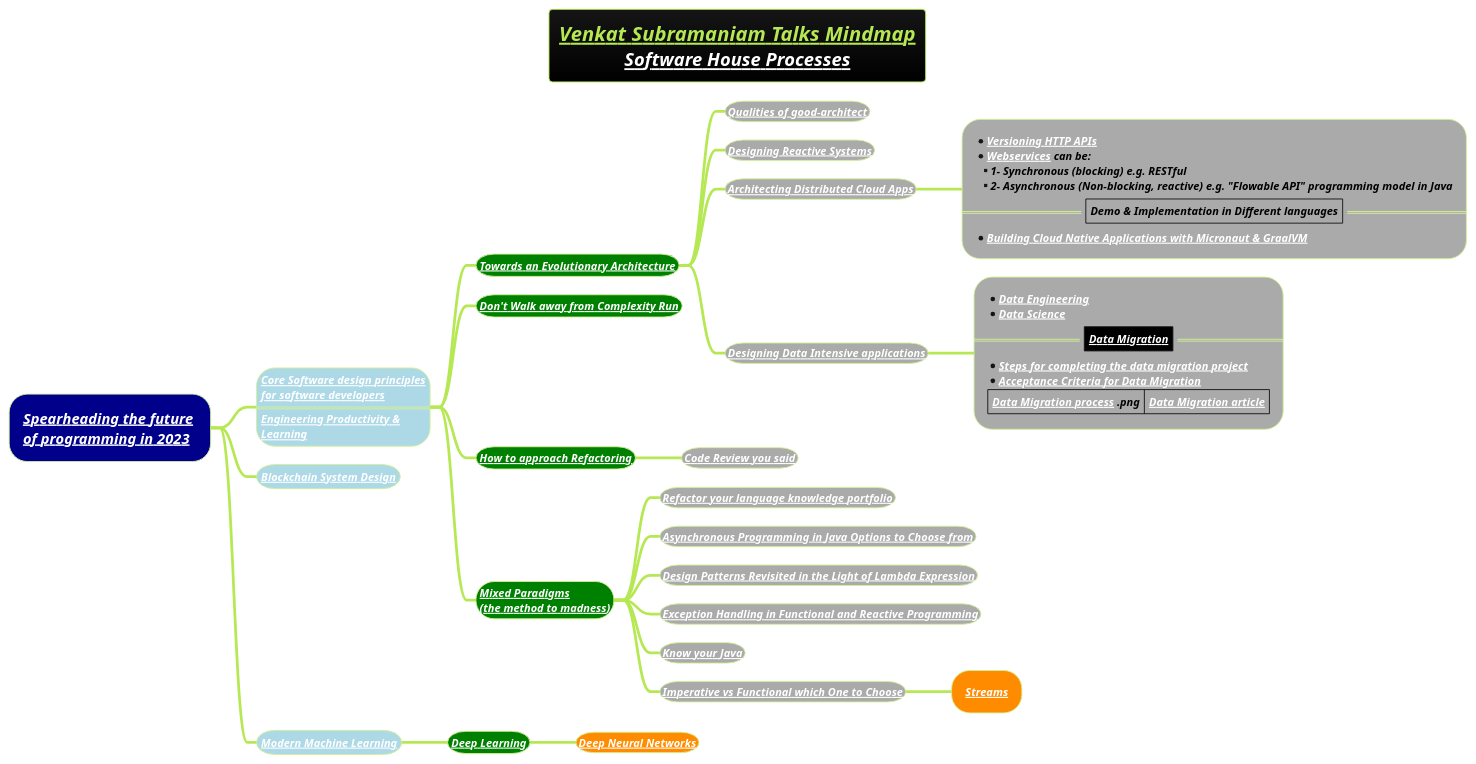
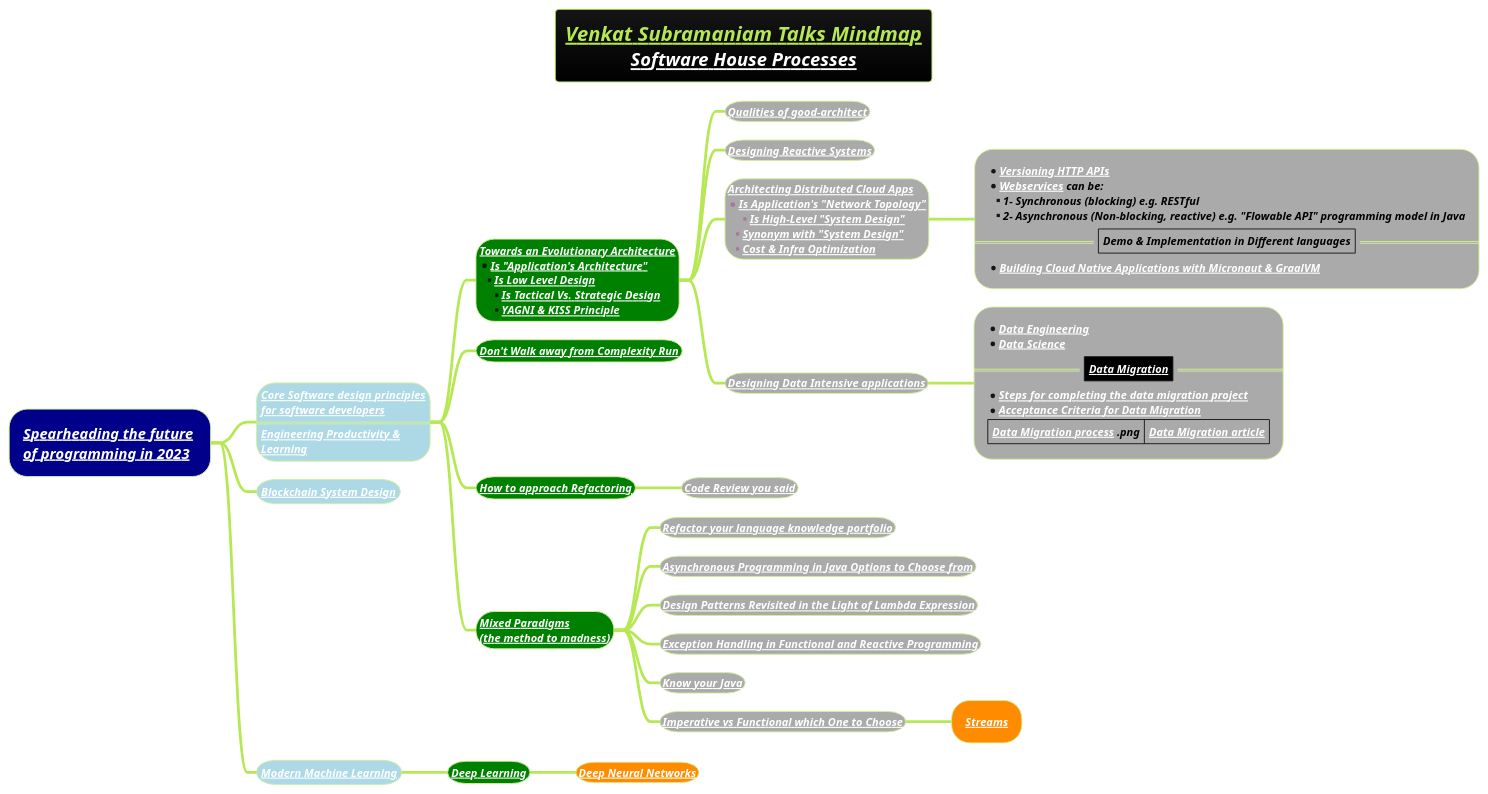
The diagram in docs/3-programming-languages/Venkat-Subramaniam/venkat-talks-mindmap.puml (MehmoodHashmi/Documentation-as-Code-DaC), drawn with PlantUML before and after one commit.

```diff
--- a/docs/3-programming-languages/Venkat-Subramaniam/venkat-talks-mindmap.puml
+++ b/docs/3-programming-languages/Venkat-Subramaniam/venkat-talks-mindmap.puml
@@ -1,48 +1,58 @@
 @startmindmap
 title =<i><b><u><size:18>Venkat Subramaniam Talks Mindmap \n<i>[[docs/1-business-analyst/client-management/software-house/Software-House-Processes.puml Software House Processes]]
 !theme hacker
 
 *[#darkblue] <i><color #black>[[docs/3-programming-languages/Venkat-Subramaniam/Spearheading-the-future-of-programming-2023.puml Spearheading the future]] \n<i><color #black>[[docs/3-programming-languages/Venkat-Subramaniam/Spearheading-the-future-of-programming-2023.puml of programming in 2023]]
 **[#lightblue]:<color:white><i><size:12>[[docs/3-programming-languages/Venkat-Subramaniam/Core-Software-design-principles-for-software-developers.puml Core Software design principles]]
 <color:white><i><size:12>[[docs/3-programming-languages/Venkat-Subramaniam/Core-Software-design-principles-for-software-developers.puml for software developers]]
 ====
 <b><i><color #black><size:12>[[docs/3-programming-languages/Venkat-Subramaniam/Engineering-Productivity-and-Learning.puml Engineering Productivity &]]
 <b><i><color #black><size:12>[[docs/3-programming-languages/Venkat-Subramaniam/Engineering-Productivity-and-Learning.puml Learning]];
 
-***[#green] <b><i><color #black><size:12>[[docs/3-programming-languages/Venkat-Subramaniam/Towards-an-Evolutionary-Architecture.puml Towards an Evolutionary Architecture]]
+***[#green]:<b><i><color #black><size:12>[[docs/3-programming-languages/Venkat-Subramaniam/Towards-an-Evolutionary-Architecture.puml Towards an Evolutionary Architecture]]
+*<b><i><color #black><size:12>[[docs/3-programming-languages/Venkat-Subramaniam/Towards-an-Evolutionary-Architecture.puml Is "Application's Architecture"]]
+**<b><i><color #black><size:12>[[docs/3-programming-languages/Venkat-Subramaniam/Towards-an-Evolutionary-Architecture.puml Is Low Level Design]]
+***<b><i><color #black><size:12>[[docs/3-programming-languages/Venkat-Subramaniam/Towards-an-Evolutionary-Architecture.puml Is Tactical Vs. Strategic Design]]
+***<b><i><color #black><size:12>[[docs/3-programming-languages/Venkat-Subramaniam/Towards-an-Evolutionary-Architecture.puml YAGNI & KISS Principle]];
 ****[#a] <b><i><color #black><size:12>[[docs/3-programming-languages/Venkat-Subramaniam/Qualities-of-good-architect.puml Qualities of good-architect]]
 ****[#a] <b><i><color #black><size:12>[[docs/3-programming-languages/Venkat-Subramaniam/Designing-Reactive-Systems.puml Designing Reactive Systems]]
-****[#a] <b><i><color #black><size:12>[[docs/3-programming-languages/Venkat-Subramaniam/Architecting-Distributed-Cloud-Apps.puml Architecting Distributed Cloud Apps]]
+
+****[#a]:<b><i><color #black><size:12>[[docs/3-programming-languages/Venkat-Subramaniam/Architecting-Distributed-Cloud-Apps.puml Architecting Distributed Cloud Apps]]
+*<b><i><color #black><size:12>[[docs/3-programming-languages/Venkat-Subramaniam/Architecting-Distributed-Cloud-Apps.puml Is Application's "Network Topology"]]
+***<b><i><color #black><size:12>[[docs/3-programming-languages/Venkat-Subramaniam/Architecting-Distributed-Cloud-Apps.puml Is High-Level "System Design"]]
+**<b><i><color #black><size:12>[[docs/3-programming-languages/Venkat-Subramaniam/Architecting-Distributed-Cloud-Apps.puml Synonym with "System Design"]]
+**<b><i><color #black><size:12>[[docs/3-programming-languages/Venkat-Subramaniam/Architecting-Distributed-Cloud-Apps.puml Cost & Infra Optimization]];
+
 *****[#a]:*<b><i><color #black><size:12>[[docs/3-programming-languages/Venkat-Subramaniam/Architecting-Distributed-Cloud-Apps.puml Versioning HTTP APIs]]
 *<b><i><color #black><size:12>[[docs/3-programming-languages/Venkat-Subramaniam/webservice.puml Webservices]] can be:
 **<b><i><color #black><size:12>1- Synchronous (blocking) e.g. RESTful
 **<b><i><color #black><size:12>2- Asynchronous (Non-blocking, reactive) e.g. "Flowable API" programming model in Java
 ==|<b><i><color #black><size:12>Demo & Implementation in Different languages|==
 *<b><i><color #black><size:12>[[docs/3-programming-languages/Venkat-Subramaniam/Building-Cloud-Native-Applications-with-Micronaut-and-GraalVM.puml Building Cloud Native Applications with Micronaut & GraalVM]];
 ****[#a] <b><i><color #black><size:12>[[docs/books/1-books-backlog/DBMS/Designing-Data-Intensive-Applications.puml Designing Data Intensive applications]]
 *****[#a]:*<b><i><color #black><size:12>[[docs/AI-ML-DL-Data-Science-and-BigData/data-science/data-engineering/Data-Engineering.puml Data Engineering]]
 *<b><i><color #black><size:12>[[docs/AI-ML-DL-Data-Science-and-BigData/data-science/Data-Science.puml Data Science]]
 ==|<#black><b><i><color #black><size:12>[[docs/AI-ML-DL-Data-Science-and-BigData/data-science/data-or-database-migration/Data-Migration.puml Data Migration]]|==
 *<b><i><color #black><size:12>[[docs/AI-ML-DL-Data-Science-and-BigData/data-science/data-or-database-migration/steps-for-completing-the-data-migration-project.puml Steps for completing the data migration project]]
 *<b><i><color #black><size:12>[[docs/AI-ML-DL-Data-Science-and-BigData/data-science/data-or-database-migration/Acceptance-Criteria-for-Data-Migration.puml Acceptance Criteria for Data Migration]]
 |<b><i><color #black><size:12>[[docs/AI-ML-DL-Data-Science-and-BigData/data-science/data-or-database-migration/images/img_1.png Data Migration process]] .png|<b><i><color #black><size:12>[[https://corporatefinanceinstitute.com/resources/data-science/data-migration/ Data Migration article]]|;
 
 ***[#green] <b><i><color #black><size:12>[[docs/3-programming-languages/Venkat-Subramaniam/Do-not-Walk-Away-From-Complexity-Run.puml Don't Walk away from Complexity Run]]
 ***[#green] <b><i><color #black><size:12>[[docs/3-programming-languages/Venkat-Subramaniam/how-to-approach-refactoring.puml How to approach Refactoring]]
 ****[#a] <b><i><color #black><size:12>[[docs/3-programming-languages/Venkat-Subramaniam/Code-Review-you-said.puml Code Review you said]]
 ***[#green] <b><i><color #black><size:12>[[docs/3-programming-languages/Venkat-Subramaniam/mixed-paradigms-(the-method-to-madness).puml Mixed Paradigms]] \n<b><i><color #black><size:12>[[docs/3-programming-languages/Venkat-Subramaniam/mixed-paradigms-(the-method-to-madness).puml (the method to madness)]]
 ****[#a] <b><i><color #black><size:12>[[docs/3-programming-languages/Venkat-Subramaniam/Refactor-your-language-knowledge-portfolio-(we-are-what-we-can-code-in).puml Refactor your language knowledge portfolio]]
 ****[#a] <b><i><color #black><size:12>[[docs/3-programming-languages/Venkat-Subramaniam/Asynchronous-Programming-in-Java-Options-to-Choose-from.puml Asynchronous Programming in Java Options to Choose from]]
 ****[#a] <b><i><color #black><size:12>[[docs/3-programming-languages/Venkat-Subramaniam/Design-Patterns-revisited-in-the-Light-of-Lambda-Expression.puml Design Patterns Revisited in the Light of Lambda Expression]]
 ****[#a] <b><i><color #black><size:12>[[docs/3-programming-languages/Venkat-Subramaniam/Exception-Handling-in-Functional-and-Reactive-Programming.puml Exception Handling in Functional and Reactive Programming]]
 ****[#a] <b><i><color #black><size:12>[[docs/3-programming-languages/Venkat-Subramaniam/Know-your-java-venkat.puml Know your Java]]
 ****[#a] <b><i><color #black><size:12>[[docs/3-programming-languages/Venkat-Subramaniam/Imperative-vs-Functional-Which-one-to-Choose.puml Imperative vs Functional which One to Choose]]
 *****[#darkorange] <b><i><color #black><size:12>[[docs/3-programming-languages/Venkat-Subramaniam/Streams.puml Streams]]
 
 **[#lightblue] <color:white><i><size:12>[[docs/blockchain/Blockchain-System-Design.puml Blockchain System Design]]
 
 **[#lightblue] <b><i><color #black><size:12>[[docs/AI-ML-DL-Data-Science-and-BigData/machine-learning-ML/Modern-Machine-Learning.puml Modern Machine Learning]]
 ***[#green] <b><i><color #black><size:12>[[docs/AI-ML-DL-Data-Science-and-BigData/machine-learning-ML/3-deep-learning-DL/Deep-Learning.puml Deep Learning]]
 ****[#darkorange] <b><i><color #black><size:12>[[docs/AI-ML-DL-Data-Science-and-BigData/machine-learning-ML/3-deep-learning-DL/Neural-Network-Architecture.puml Deep Neural Networks]]
 
 @endmindmap
```
